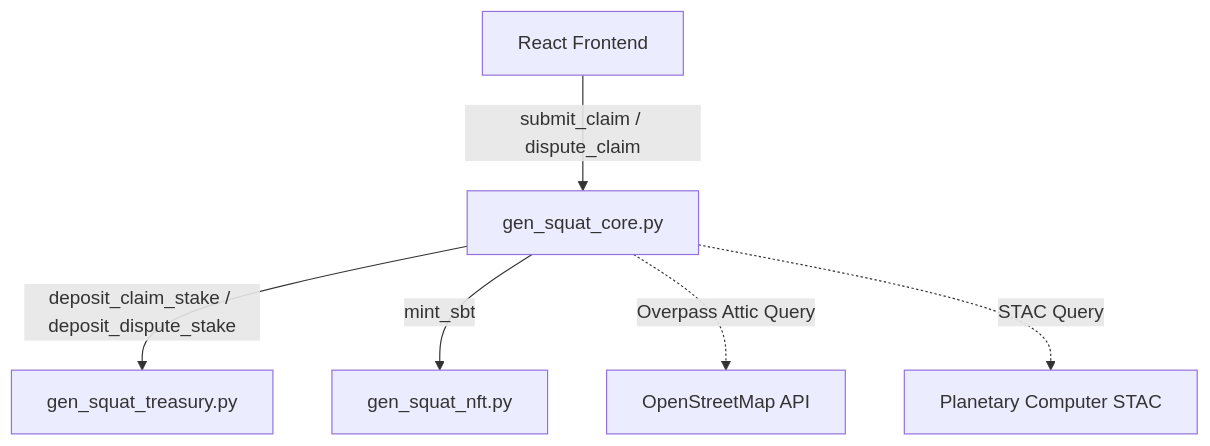
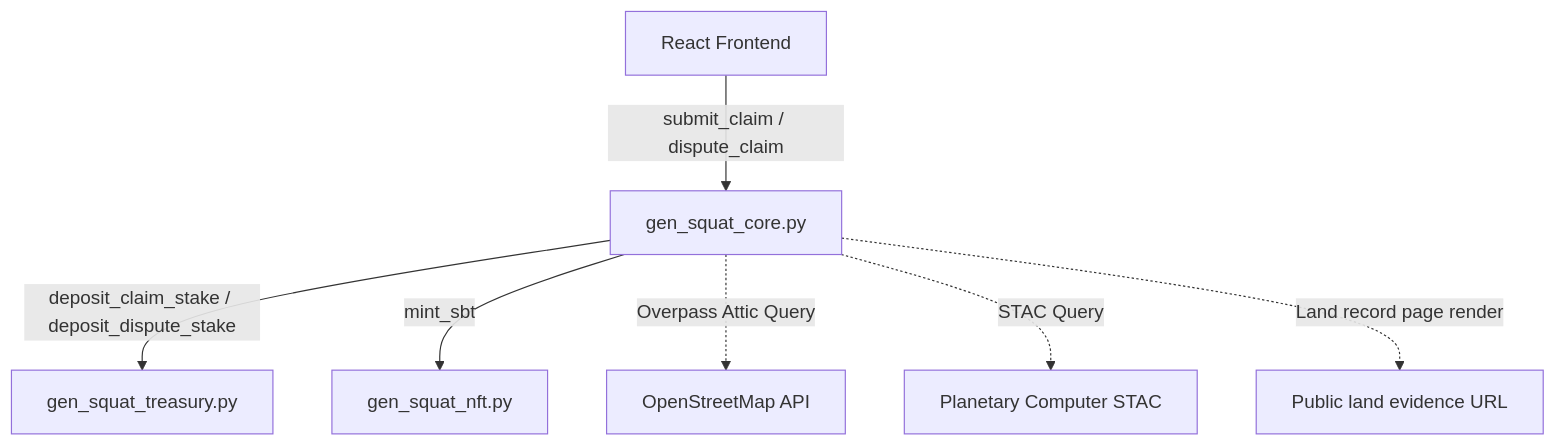
The first of 3 diagrams in docs/ARCHITECTURE.md (phu1271997/gen-squat), drawn with Mermaid before and after one commit. The commit also changed other lines of this file and 7 other files, not shown here.

````diff
--- a/docs/ARCHITECTURE.md
+++ b/docs/ARCHITECTURE.md
@@ -5,9 +5,10 @@
 ```mermaid
 graph TD
     Client[React Frontend] -->|submit_claim / dispute_claim| Core[gen_squat_core.py]
     Core -->|deposit_claim_stake / deposit_dispute_stake| Treasury[gen_squat_treasury.py]
     Core -->|mint_sbt| NFT[gen_squat_nft.py]
-    
+
     Core -.->|Overpass Attic Query| OSM[OpenStreetMap API]
     Core -.->|STAC Query| PC[Planetary Computer STAC]
+    Core -.->|Land record page render| LandEvidence[Public land evidence URL]
 ```
````
